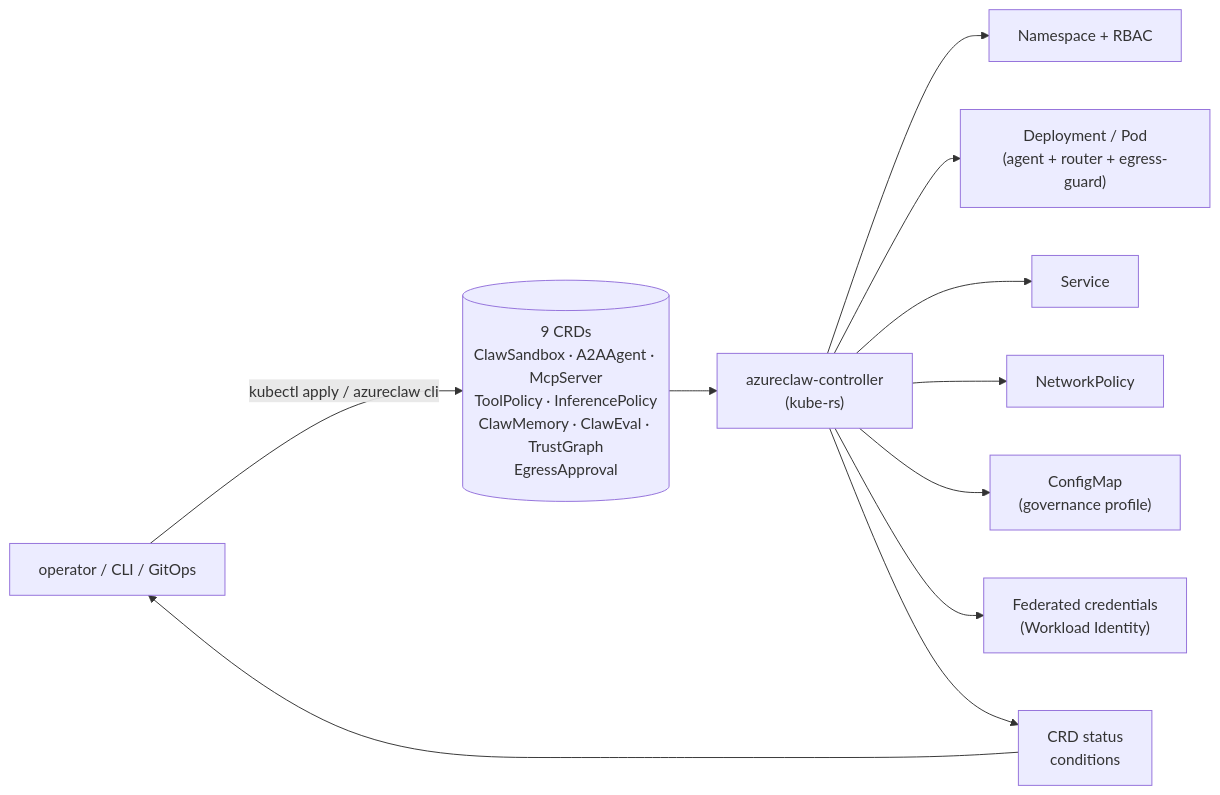
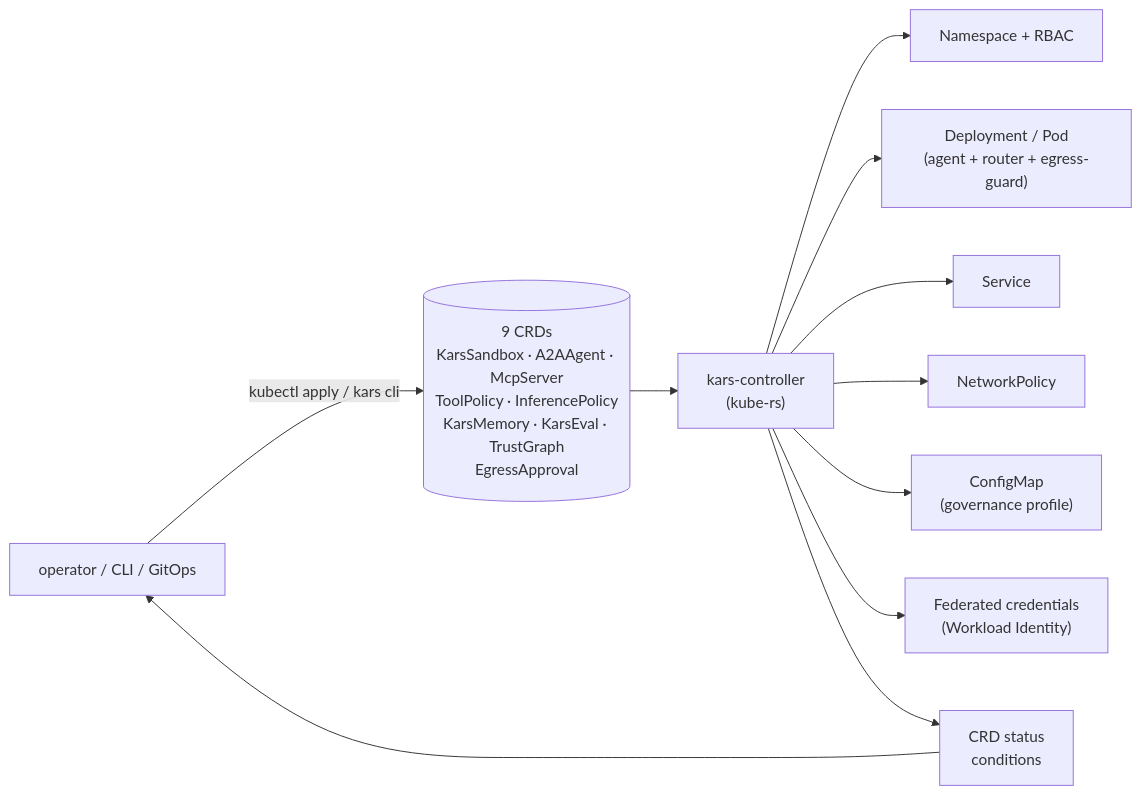
The sixth of 9 diagrams in docs/architecture-diagrams.md (lachie83/kars), drawn with Mermaid before and after one commit. The commit also changed other lines of this file and 694 other files, not shown here.

````diff
--- a/docs/architecture-diagrams.md
+++ b/docs/architecture-diagrams.md
@@ -202,18 +202,18 @@
 ```mermaid
 flowchart LR
   User["operator / CLI / GitOps"]
-  CRD[("9 CRDs<br/>ClawSandbox · A2AAgent · McpServer<br/>ToolPolicy · InferencePolicy<br/>ClawMemory · ClawEval · TrustGraph<br/>EgressApproval")]
-  Ctrl["azureclaw-controller<br/>(kube-rs)"]
+  CRD[("9 CRDs<br/>KarsSandbox · A2AAgent · McpServer<br/>ToolPolicy · InferencePolicy<br/>KarsMemory · KarsEval · TrustGraph<br/>EgressApproval")]
+  Ctrl["kars-controller<br/>(kube-rs)"]
 
-  User -->|kubectl apply / azureclaw cli| CRD
+  User -->|kubectl apply / kars cli| CRD
   CRD --> Ctrl
   Ctrl --> NS["Namespace + RBAC"]
   Ctrl --> Dep["Deployment / Pod<br/>(agent + router + egress-guard)"]
   Ctrl --> Svc["Service"]
   Ctrl --> NP["NetworkPolicy"]
   Ctrl --> CM["ConfigMap<br/>(governance profile)"]
   Ctrl --> FedCred["Federated credentials<br/>(Workload Identity)"]
   Ctrl --> Status["CRD status<br/>conditions"]
 
   Status --> User
 ```
````
